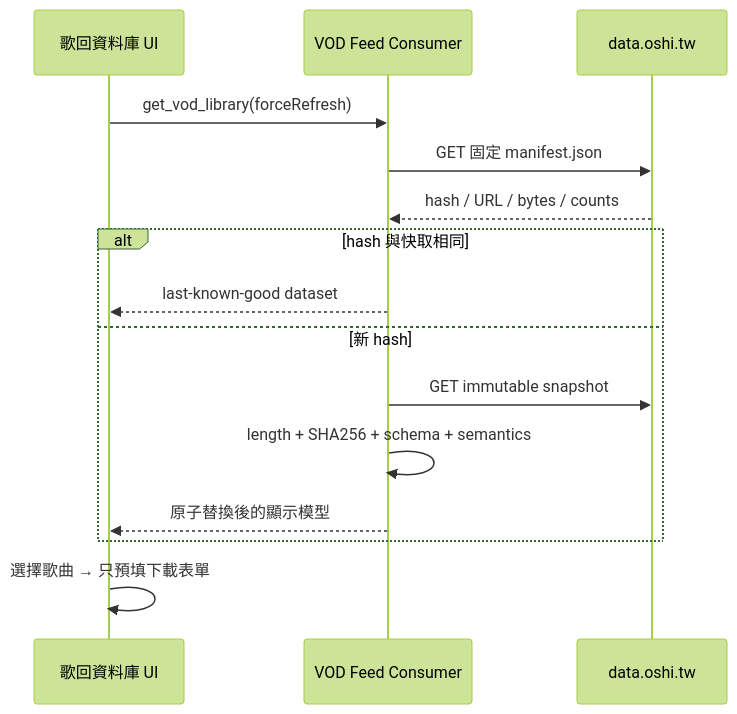
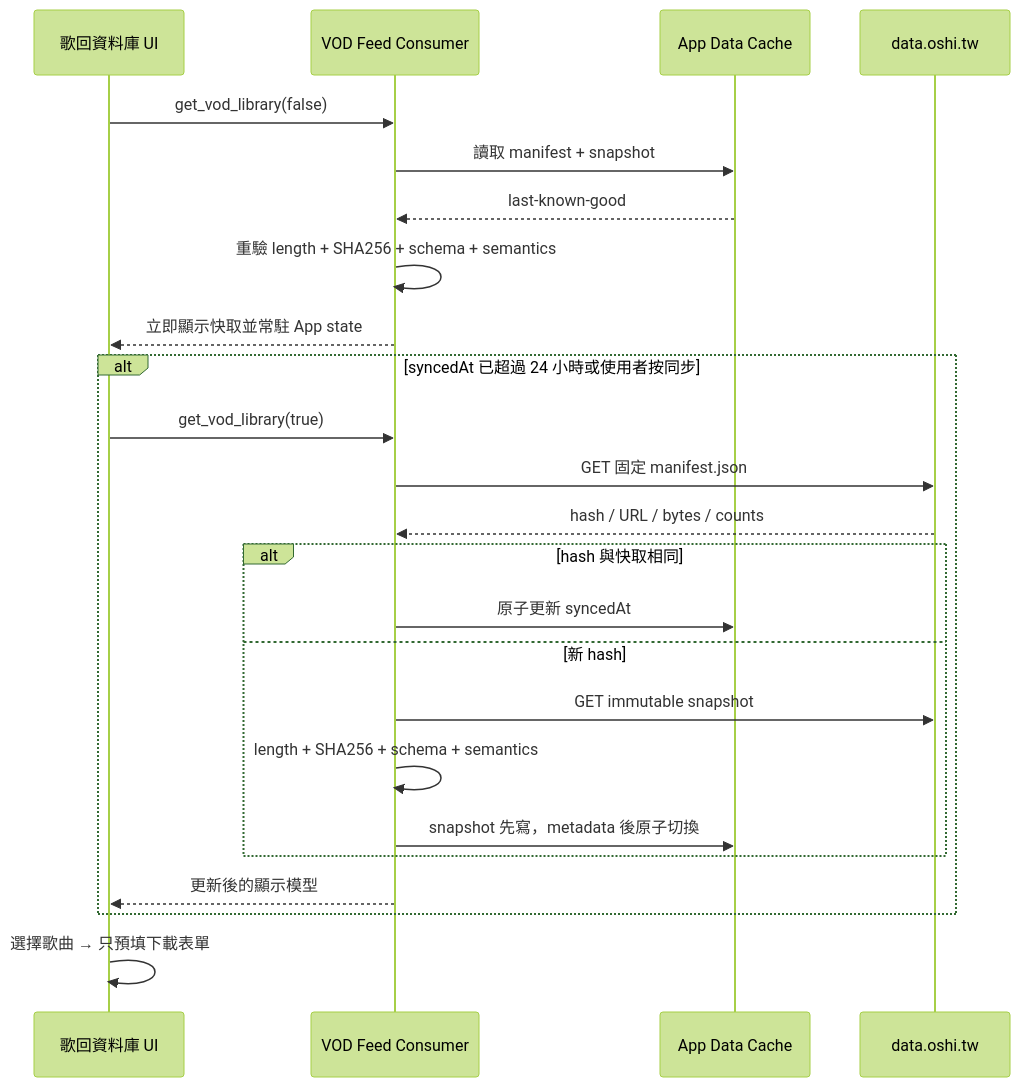
Before and after one commit to hydai/OshiClip: the fifth of 5 diagrams in oshiclip-desktop-design.md, drawn with Mermaid (forest theme). The commit also changed other lines of this file and 10 other files, not shown here.

Commit message:
feat(library): persist and sync VOD cache

````diff
--- a/oshiclip-desktop-design.md
+++ b/oshiclip-desktop-design.md
@@ -532,17 +535,26 @@
 ```mermaid
 sequenceDiagram
     participant UI as 歌回資料庫 UI
     participant Rust as VOD Feed Consumer
+    participant Cache as App Data Cache
     participant Data as data.oshi.tw
-    UI->>Rust: get_vod_library(forceRefresh)
-    Rust->>Data: GET 固定 manifest.json
-    Data-->>Rust: hash / URL / bytes / counts
-    alt hash 與快取相同
-        Rust-->>UI: last-known-good dataset
-    else 新 hash
-        Rust->>Data: GET immutable snapshot
-        Rust->>Rust: length + SHA256 + schema + semantics
-        Rust-->>UI: 原子替換後的顯示模型
+    UI->>Rust: get_vod_library(false)
+    Rust->>Cache: 讀取 manifest + snapshot
+    Cache-->>Rust: last-known-good
+    Rust->>Rust: 重驗 length + SHA256 + schema + semantics
+    Rust-->>UI: 立即顯示快取並常駐 App state
+    alt syncedAt 已超過 24 小時或使用者按同步
+        UI->>Rust: get_vod_library(true)
+        Rust->>Data: GET 固定 manifest.json
+        Data-->>Rust: hash / URL / bytes / counts
+        alt hash 與快取相同
+            Rust->>Cache: 原子更新 syncedAt
+        else 新 hash
+            Rust->>Data: GET immutable snapshot
+            Rust->>Rust: length + SHA256 + schema + semantics
+            Rust->>Cache: snapshot 先寫，metadata 後原子切換
+        end
+        Rust-->>UI: 更新後的顯示模型
     end
     UI->>UI: 選擇歌曲 → 只預填下載表單
 ```
````
